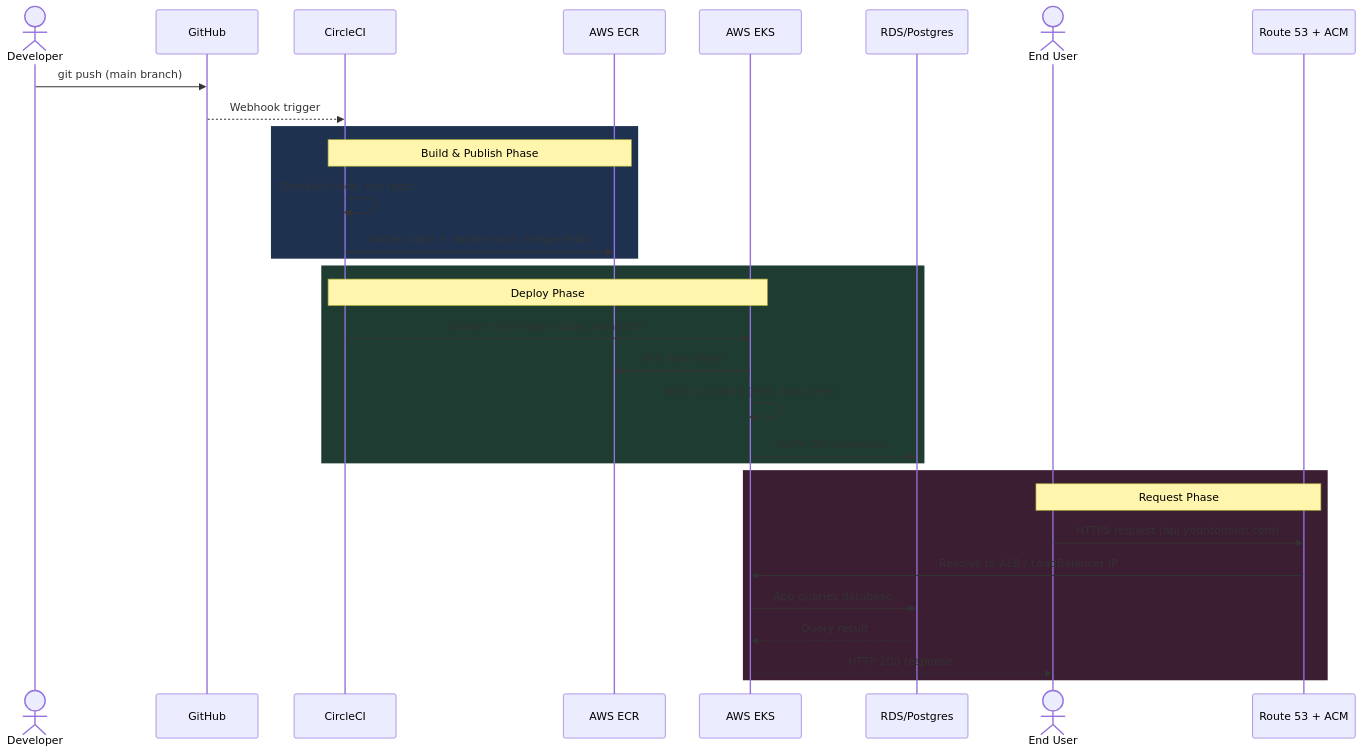
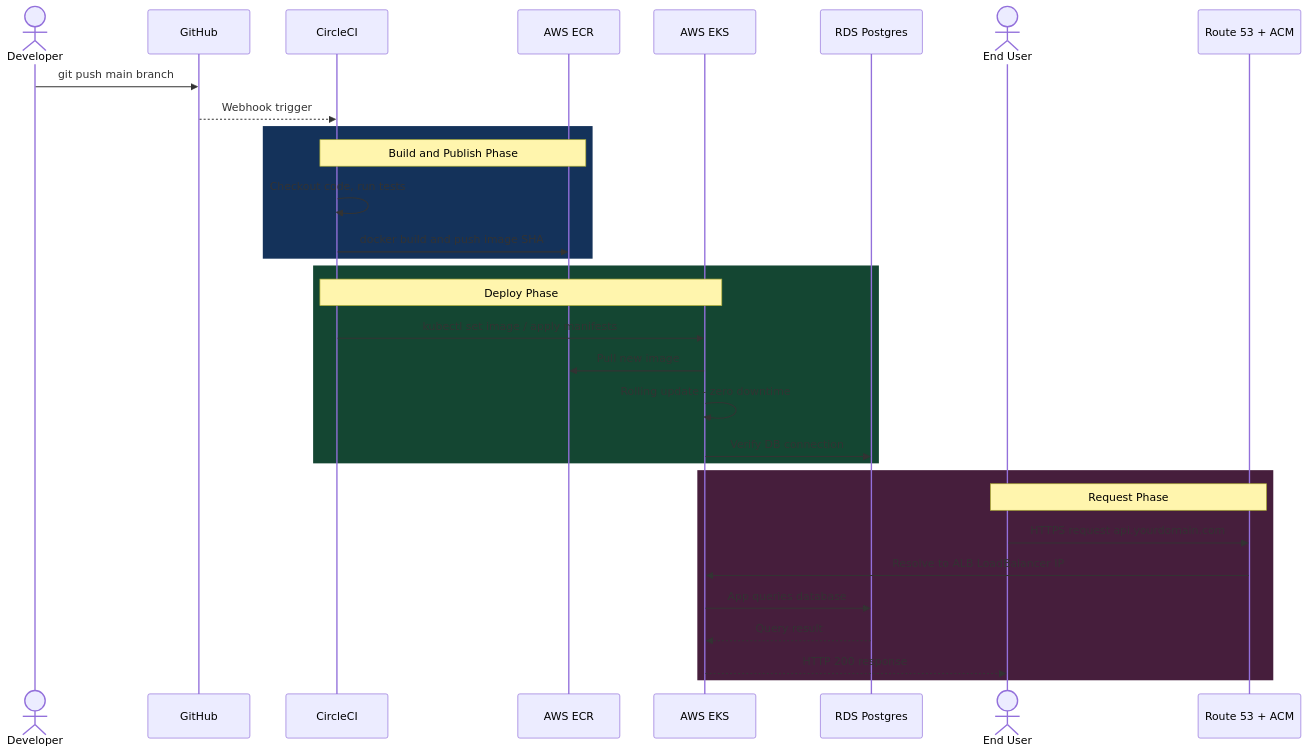
The first of 8 diagrams in SEQUENCE_DIAGRAMS.md (BaluRaut/eks-nodejs-python-database), drawn with Mermaid before and after one commit. The commit also changed other lines of this file and 1 other file, not shown here.

First line of the commit message:
Fix sequence diagrams and isolate Mermaid render errors

````diff
--- a/SEQUENCE_DIAGRAMS.md
+++ b/SEQUENCE_DIAGRAMS.md
@@ -9,37 +9,37 @@
 ```mermaid
 sequenceDiagram
     actor Dev as Developer
     participant GH as GitHub
     participant CI as CircleCI
     participant ECR as AWS ECR
     participant EKS as AWS EKS
-    participant RDS as RDS/Postgres
+    participant RDS as RDS Postgres
     actor User as End User
     participant R53 as Route 53 + ACM
 
-    Dev->>GH: git push (main branch)
+    Dev->>GH: git push main branch
     GH-->>CI: Webhook trigger
 
-    rect rgb(30, 50, 80)
-        note over CI,ECR: Build & Publish Phase
+    rect rgb(20, 50, 90)
+        note over CI,ECR: Build and Publish Phase
         CI->>CI: Checkout code, run tests
-        CI->>ECR: docker build + docker push (image:SHA)
+        CI->>ECR: docker build and push image SHA
     end
 
-    rect rgb(30, 60, 50)
+    rect rgb(20, 70, 50)
         note over CI,EKS: Deploy Phase
         CI->>EKS: kubectl set image / apply manifests
         EKS->>ECR: Pull new image
-        EKS->>EKS: Rolling update (zero downtime)
+        EKS->>EKS: Rolling update - zero downtime
         EKS->>RDS: Verify DB connection
     end
 
-    rect rgb(60, 30, 50)
+    rect rgb(70, 30, 60)
         note over User,R53: Request Phase
-        User->>R53: HTTPS request (api.yourdomain.com)
-        R53->>EKS: Resolve to ALB / LoadBalancer IP
+        User->>R53: HTTPS request api.yourdomain.com
+        R53->>EKS: Resolve to ALB LoadBalancer IP
         EKS->>RDS: App queries database
         RDS-->>EKS: Query result
         EKS-->>User: HTTP 200 response
     end
 ```
````
